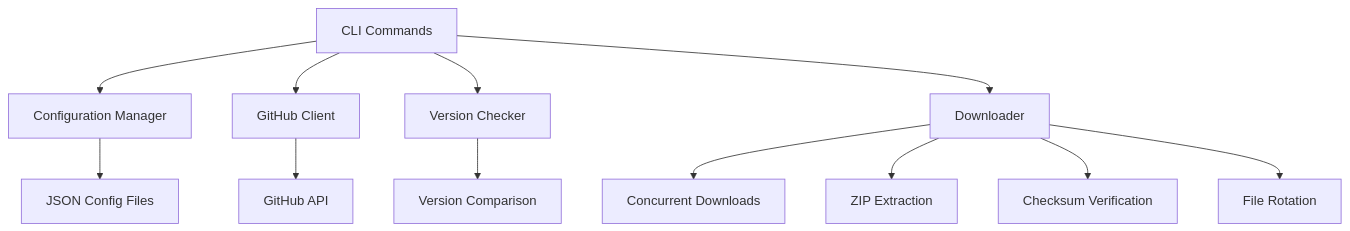
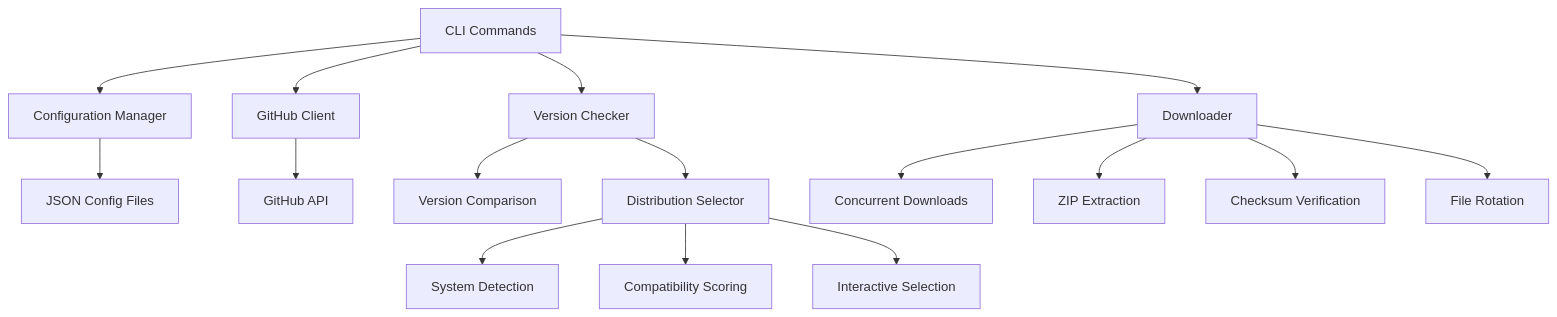
Before and after one commit to royw/appimage-updater: the diagram in docs/index.md, drawn with Mermaid. The commit also changed other lines of this file and 4 other files, not shown here.

````diff
--- a/docs/index.md
+++ b/docs/index.md
@@ -43,15 +46,20 @@
 ```mermaid
 graph TD
     A[CLI Commands] --> B[Configuration Manager]
     A --> C[GitHub Client]
     A --> D[Version Checker]
     A --> E[Downloader]
     
     B --> F[JSON Config Files]
     C --> G[GitHub API]
     D --> H[Version Comparison]
+    D --> M[Distribution Selector]
     E --> I[Concurrent Downloads]
     E --> J[ZIP Extraction]
     E --> K[Checksum Verification]
     E --> L[File Rotation]
+    
+    M --> N[System Detection]
+    M --> O[Compatibility Scoring]
+    M --> P[Interactive Selection]
 ```
````
